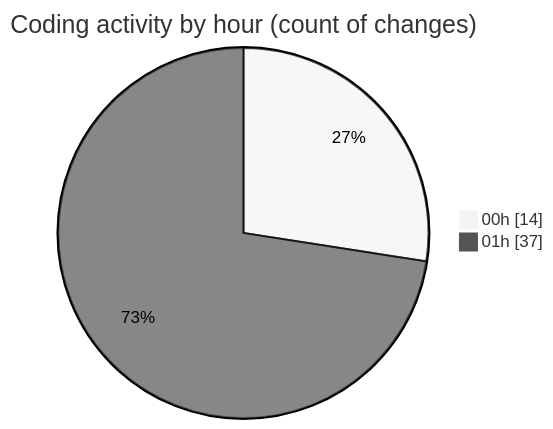
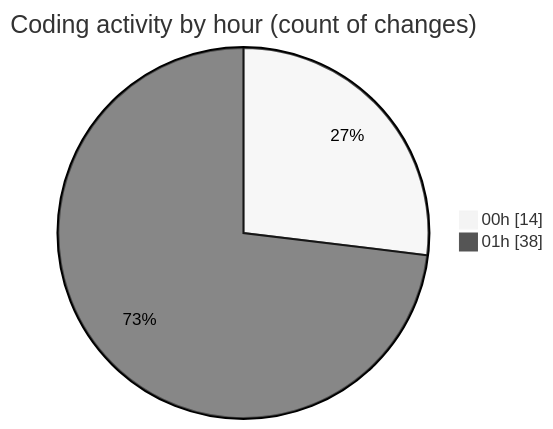
The second of 2 diagrams in 2025-01-11/good-pr/README.md (momahboobian/code-tracking), drawn with Mermaid (neutral theme) before and after one commit. The commit also changed other lines of this file and 1 other file, not shown here.

````diff
--- a/2025-01-11/good-pr/README.md
+++ b/2025-01-11/good-pr/README.md
@@ -47,6 +47,6 @@
 ```mermaid
 pie showData
 title Coding activity by hour (count of changes)
 "00h" : 14
-"01h" : 37
+"01h" : 38
 ```
````
